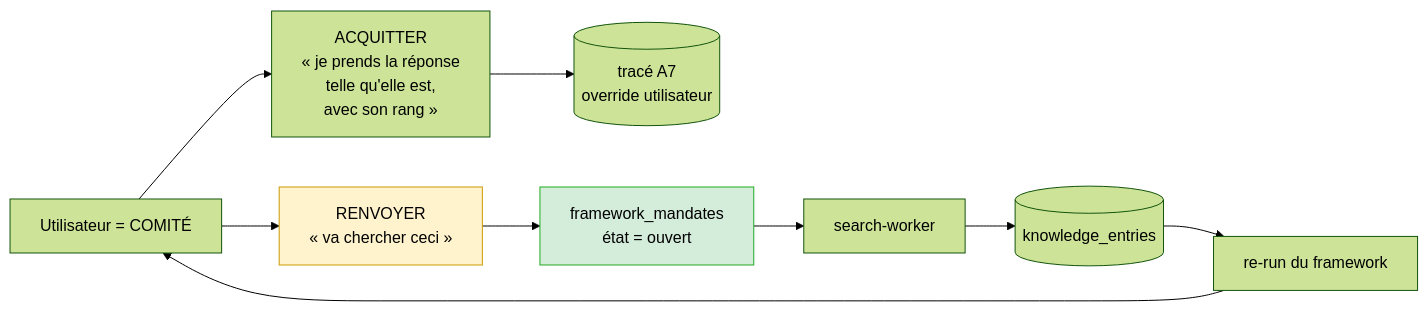
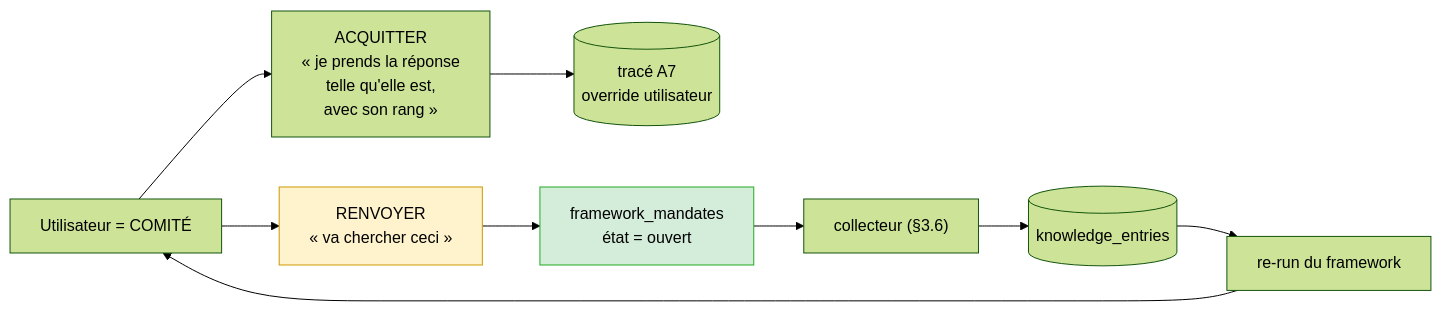
Diagram 14 of 15 in projects/portfolio-tracker/roadmap/03-spec-frameworks.md (jeanlangloismeurinne/ai-vps-projects), drawn with Mermaid (forest theme) before and after one commit. The commit also changed other lines of this file and 11 other files, not shown here.

````diff
--- a/projects/portfolio-tracker/roadmap/03-spec-frameworks.md
+++ b/projects/portfolio-tracker/roadmap/03-spec-frameworks.md
@@ -735,13 +1061,13 @@
 ```mermaid
 graph LR
   U["Utilisateur = COMITÉ"] --> AC["ACQUITTER<br/>« je prends la réponse<br/>telle qu'elle est,<br/>avec son rang »"]
   U --> RE["RENVOYER<br/>« va chercher ceci »"]
   AC --> TR[("tracé A7<br/>override utilisateur")]
   RE --> MD["framework_mandates<br/>état = ouvert"]
-  MD --> W["search-worker"]
+  MD --> W["collecteur (§3.6)"]
   W --> KE[("knowledge_entries")]
   KE --> RJ["re-run du framework"]
   RJ --> U
   style RE fill:#fff3cd,stroke:#c90
   style MD fill:#d4edda,stroke:#2a2
 ```
````
